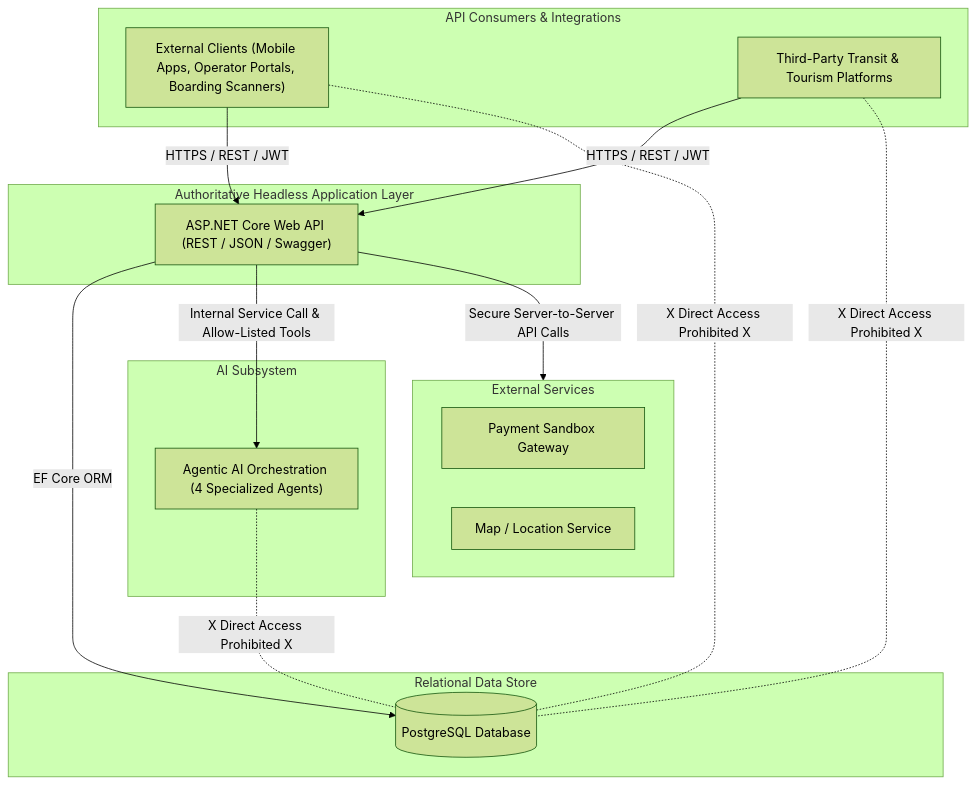
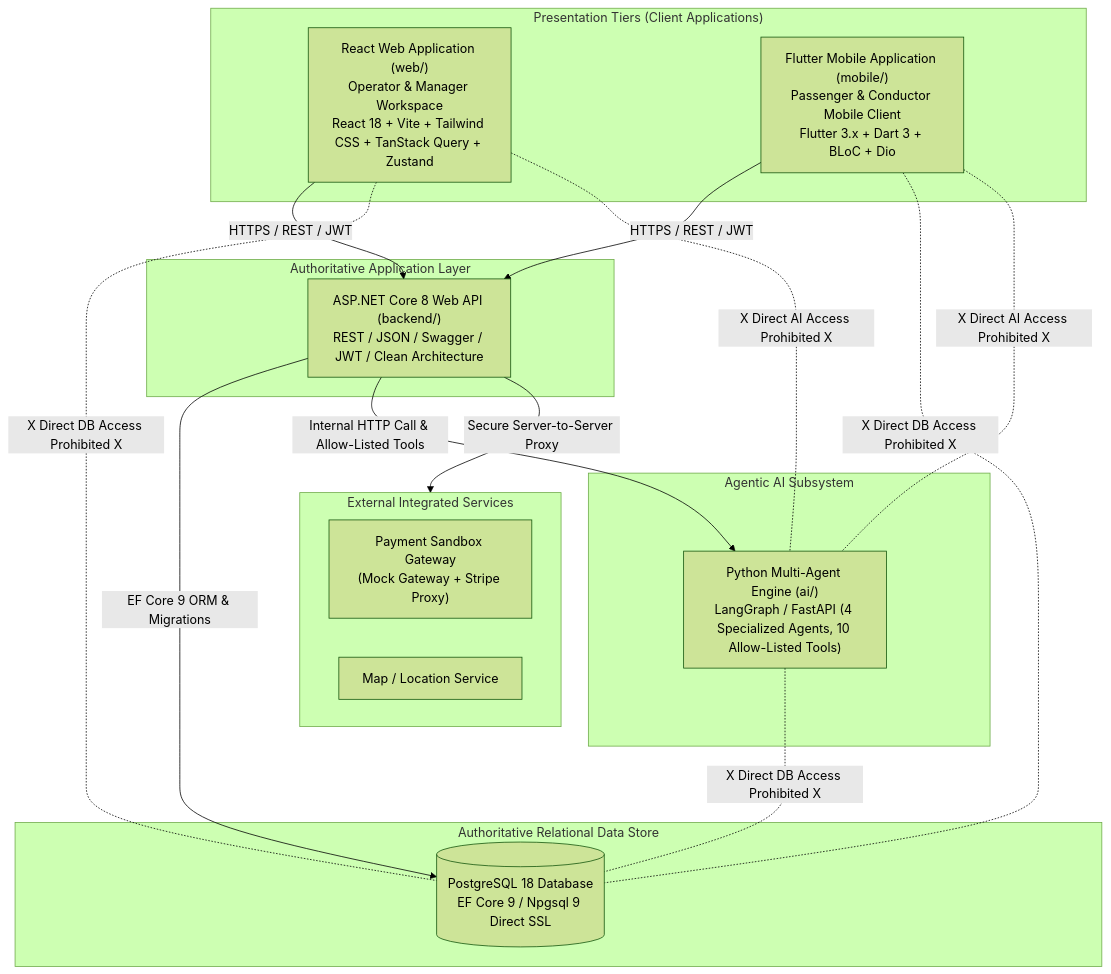
The diagram in docs/architecture/diagrams/01-high-level-architecture.mermaid (NuhadhMohomed/WayPoint), drawn with Mermaid (forest theme) before and after one commit. The commit also changed 25 other files, not shown here.

Commit message:
docs: add comprehensive use cases, architecture specifications, project guides, and mobile test coverage

```diff
--- a/docs/architecture/diagrams/01-high-level-architecture.mermaid
+++ b/docs/architecture/diagrams/01-high-level-architecture.mermaid
@@ -1,33 +1,35 @@
 graph TD
-    subgraph Consumers["API Consumers & Integrations"]
-        ExtClients["External Clients (Mobile Apps, Operator Portals, Boarding Scanners)"]
-        PartnerAPIs["Third-Party Transit & Tourism Platforms"]
+    subgraph Clients["Presentation Tiers (Client Applications)"]
+        WebClient["React Web Application (web/)\nOperator & Manager Workspace\nReact 18 + Vite + Tailwind CSS + TanStack Query + Zustand"]
+        MobileClient["Flutter Mobile Application (mobile/)\nPassenger & Conductor Mobile Client\nFlutter 3.x + Dart 3 + BLoC + Dio"]
     end
 
-    subgraph Backend["Authoritative Headless Application Layer"]
-        API["ASP.NET Core Web API (REST / JSON / Swagger)"]
+    subgraph Backend["Authoritative Application Layer"]
+        API["ASP.NET Core 8 Web API (backend/)\nREST / JSON / Swagger / JWT / Clean Architecture"]
     end
 
-    subgraph Storage["Relational Data Store"]
-        Postgres[(PostgreSQL Database)]
+    subgraph Storage["Authoritative Relational Data Store"]
+        Postgres[(PostgreSQL 18 Database\nEF Core 9 / Npgsql 9 Direct SSL)]
     end
 
-    subgraph AI["AI Subsystem"]
-        Orchestration["Agentic AI Orchestration (4 Specialized Agents)"]
+    subgraph AI["Agentic AI Subsystem"]
+        Orchestration["Python Multi-Agent Engine (ai/)\nLangGraph / FastAPI (4 Specialized Agents, 10 Allow-Listed Tools)"]
     end
 
-    subgraph External["External Services"]
-        Payment["Payment Sandbox Gateway"]
+    subgraph External["External Integrated Services"]
+        Payment["Payment Sandbox Gateway\n(Mock Gateway + Stripe Proxy)"]
         Maps["Map / Location Service"]
     end
 
-    ExtClients -->|HTTPS / REST / JWT| API
-    PartnerAPIs -->|HTTPS / REST / JWT| API
-    API -->|EF Core ORM| Postgres
-    API -->|Internal Service Call & Allow-Listed Tools| Orchestration
-    API -->|Secure Server-to-Server API Calls| External
+    WebClient -->|HTTPS / REST / JWT| API
+    MobileClient -->|HTTPS / REST / JWT| API
+    API -->|EF Core 9 ORM & Migrations| Postgres
+    API -->|Internal HTTP Call & Allow-Listed Tools| Orchestration
+    API -->|Secure Server-to-Server Proxy| External
 
-    %% Boundary Violations (Prohibited Connections)
-    ExtClients -. X Direct Access Prohibited X .- Postgres
-    PartnerAPIs -. X Direct Access Prohibited X .- Postgres
-    Orchestration -. X Direct Access Prohibited X .- Postgres
+    %% Boundary Violations (Prohibited Connections per REQ-ASSIGN-04)
+    WebClient -. X Direct DB Access Prohibited X .- Postgres
+    MobileClient -. X Direct DB Access Prohibited X .- Postgres
+    Orchestration -. X Direct DB Access Prohibited X .- Postgres
+    WebClient -. X Direct AI Access Prohibited X .- Orchestration
+    MobileClient -. X Direct AI Access Prohibited X .- Orchestration
```
